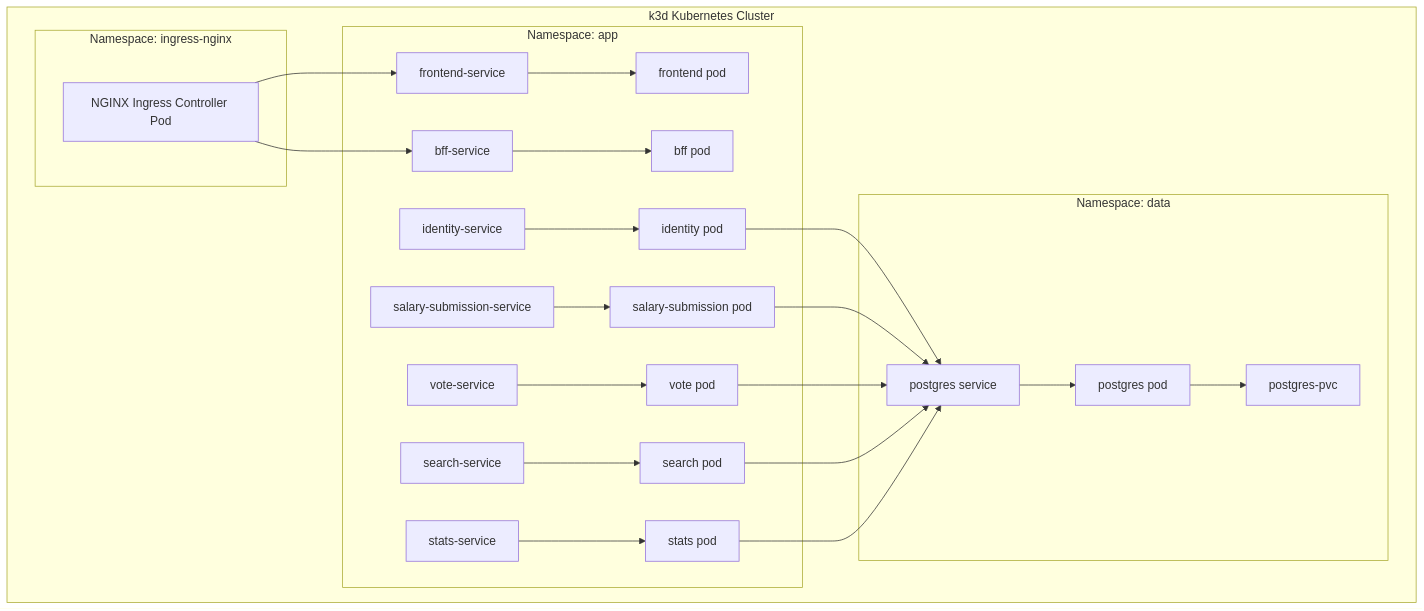
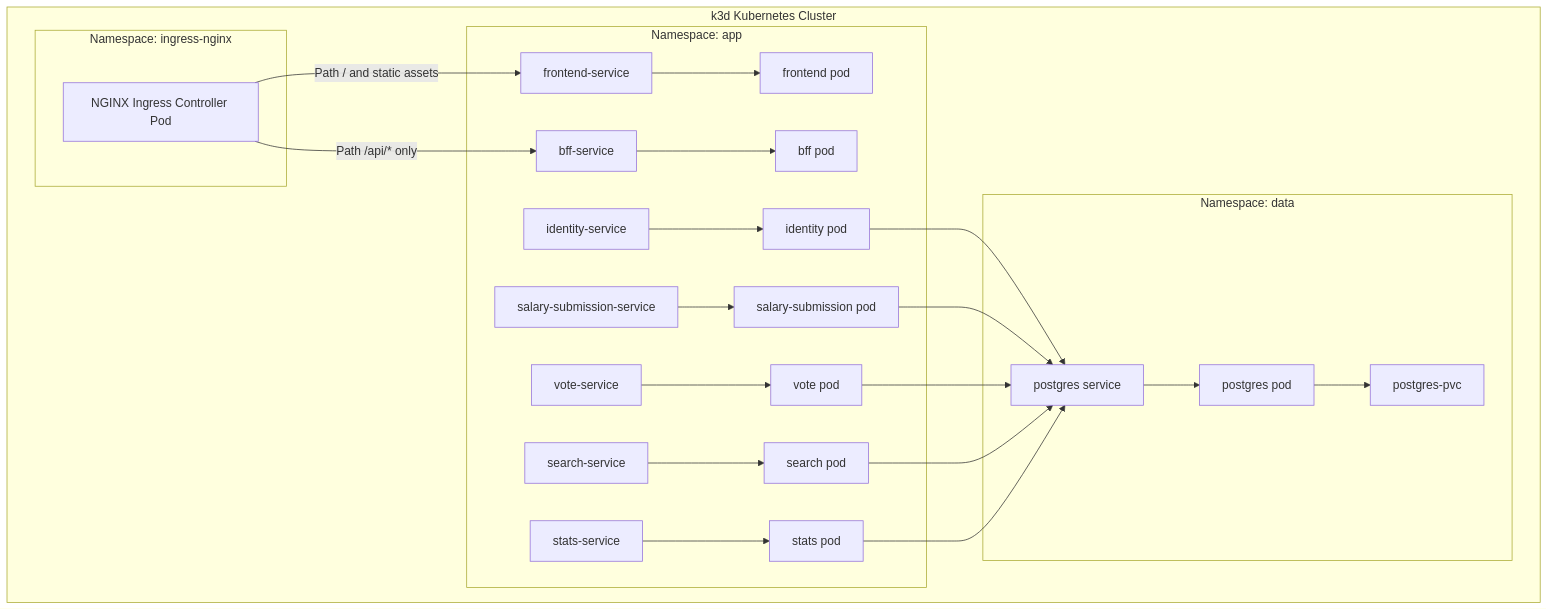
The second of 15 diagrams in Docs/kubernetes-mermaid-diagrams.md (ravinmuthukumarane/cloud_computing_group_cw), drawn with Mermaid before and after one commit. The commit also changed other lines of this file and 8 other files, not shown here.

````diff
--- a/Docs/kubernetes-mermaid-diagrams.md
+++ b/Docs/kubernetes-mermaid-diagrams.md
@@ -49,52 +50,52 @@
 ```mermaid
 flowchart TB
     subgraph cluster[k3d Kubernetes Cluster]
         subgraph ingressns[Namespace: ingress-nginx]
             nginx[NGINX Ingress Controller Pod]
         end
 
         subgraph appns[Namespace: app]
             frontend[frontend pod]
             bff[bff pod]
             identity[identity pod]
             salary[salary-submission pod]
             vote[vote pod]
             search[search pod]
             stats[stats pod]
 
             fsvc[frontend-service]
             bffsvc[bff-service]
             idsvc[identity-service]
             salarysvc[salary-submission-service]
             votesvc[vote-service]
             searchsvc[search-service]
             statssvc[stats-service]
         end
 
         subgraph datans[Namespace: data]
             postgres[postgres pod]
             pgsvc[postgres service]
             pvc[postgres-pvc]
         end
     end
 
-    nginx --> fsvc
-    nginx --> bffsvc
+    nginx -->|Path / and static assets| fsvc
+    nginx -->|Path /api/* only| bffsvc
 
     fsvc --> frontend
     bffsvc --> bff
     idsvc --> identity
     salarysvc --> salary
     votesvc --> vote
     searchsvc --> search
     statssvc --> stats
 
     identity --> pgsvc
     salary --> pgsvc
     vote --> pgsvc
     search --> pgsvc
     stats --> pgsvc
 
     pgsvc --> postgres
     postgres --> pvc
 ```
````
